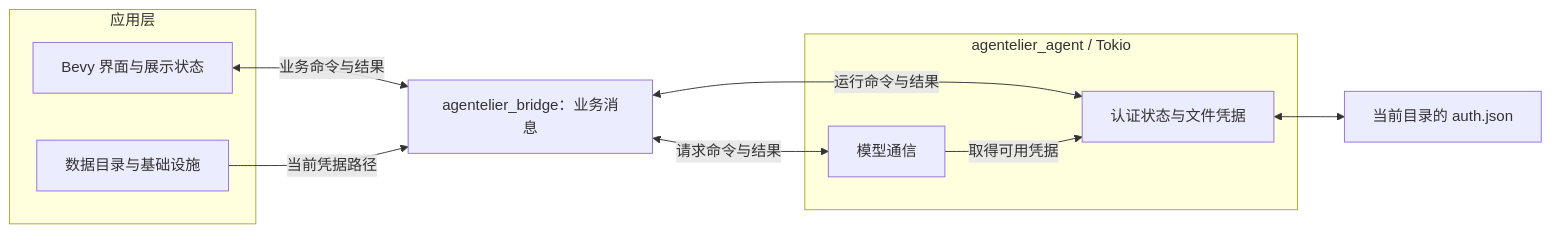
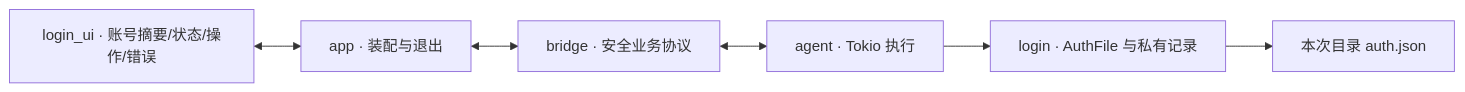
The diagram in docs/design/modules/authentication.md (slc90/Agentelier), drawn with Mermaid before and after one commit. The commit also changed other lines of this file and 29 other files, not shown here.

````diff
--- a/docs/design/modules/authentication.md
+++ b/docs/design/modules/authentication.md
@@ -29,19 +23,8 @@
 ```mermaid
 flowchart LR
-    subgraph App["应用层"]
-        UI["Bevy 界面与展示状态"]
-        Paths["数据目录与基础设施"]
-    end
-    Bridge["agentelier_bridge：业务消息"]
-    subgraph Runtime["agentelier_agent / Tokio"]
-        Auth["认证状态与文件凭据"]
-        Model["模型通信"]
-    end
-    File["当前目录的 auth.json"]
-    UI <-->|业务命令与结果| Bridge
-    Bridge <-->|运行命令与结果| Auth
-    Bridge <-->|请求命令与结果| Model
-    Paths -->|当前凭据路径| Bridge
-    Auth <--> File
-    Model -->|取得可用凭据| Auth
+    UI["login_ui · 账号摘要/状态/操作/错误"] <--> App["app · 装配与退出"]
+    App <--> Bridge["bridge · 安全业务协议"]
+    Bridge <--> Agent["agent · Tokio 执行"]
+    Agent --> Login["login · AuthFile 与私有记录"]
+    Login --> File["本次目录 auth.json"]
 ```
````
